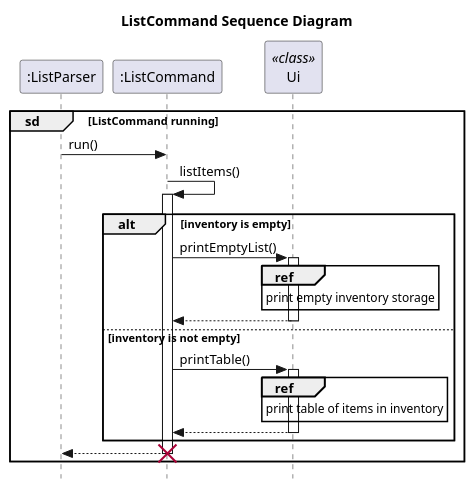
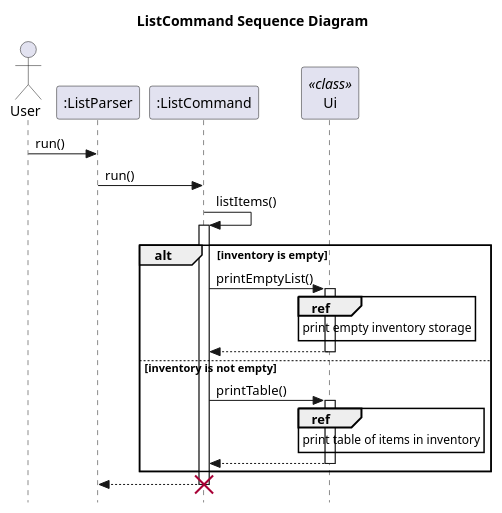
One commit to nus-cs2113-AY2223S2/tp changed the diagram in docs/UML/List/ListCommand.puml. Above: the diagram before and after it, drawn with PlantUML. The commit also changed 1 other file, not shown here.

Commit message:
Update sequence diagrams for ListCommand and AlertParser

```diff
--- a/docs/UML/List/ListCommand.puml
+++ b/docs/UML/List/ListCommand.puml
@@ -1,31 +1,34 @@
 @startuml
 'https://plantuml.com/sequence-diagram
 title ListCommand Sequence Diagram
 
 skinparam style strictuml
+actor User
 participant ":ListParser"
-group sd [ListCommand running]
+User -> ":ListParser": run()
+
+
         ":ListParser" -> ":ListCommand": run()
         ":ListCommand" -> ":ListCommand": listItems()
         activate ":ListCommand"
         participant "Ui" <<class>>
         alt inventory is empty
             ":ListCommand" -> Ui: printEmptyList()
             activate Ui
             ref over Ui
                 print empty inventory storage
             end ref
             return
         else inventory is not empty
             ":ListCommand" -> Ui: printTable()
             activate Ui
             ref over Ui
                 print table of items in inventory
             end ref
             return
        end
        ":ListCommand" --> ":ListParser"
        deactivate ":ListCommand"
        destroy ":ListCommand"
-end
+
 @enduml
```
